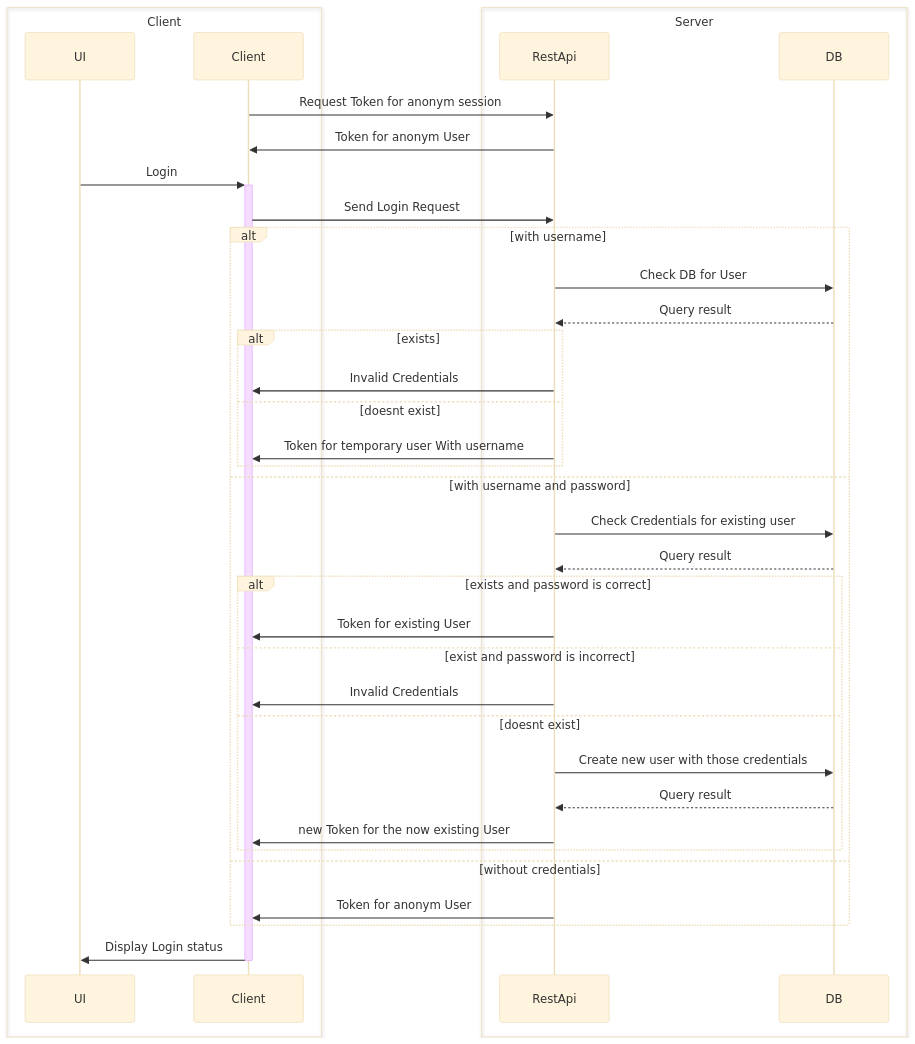
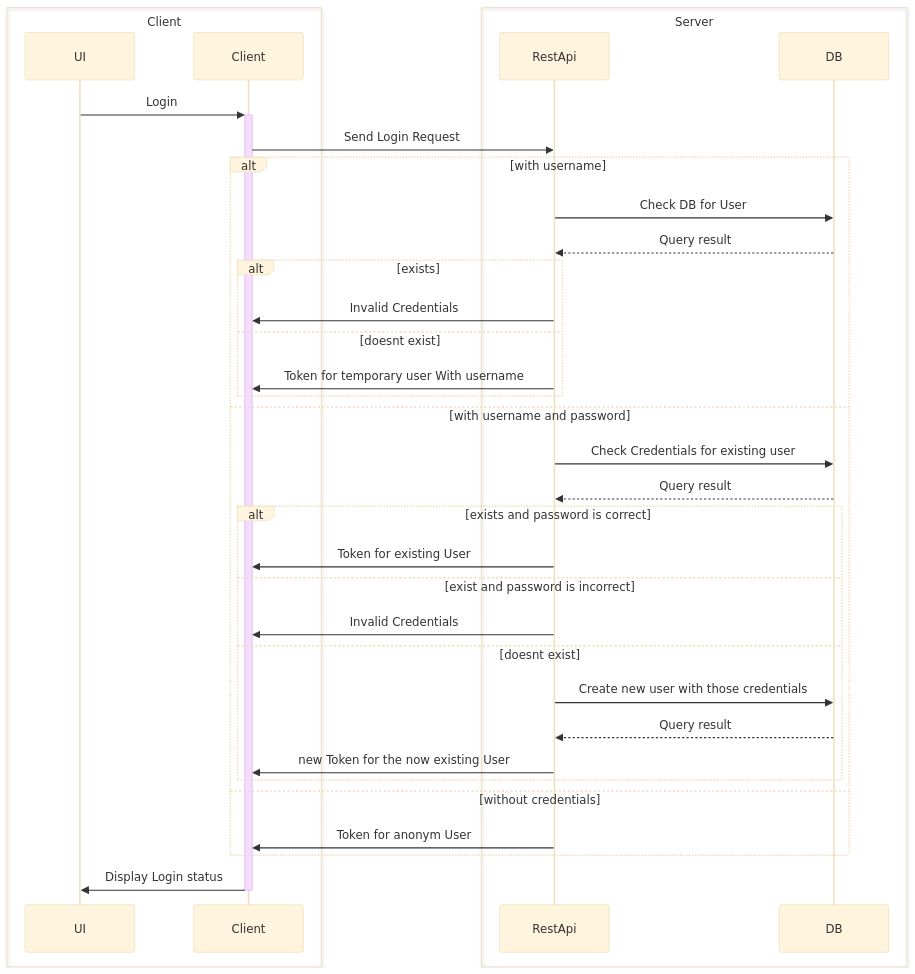
The second of 3 diagrams in console-chat/README.md (thetechnicker/console-chat), drawn with Mermaid (base theme) before and after one commit. The commit also changed other lines of this file, not shown here.

Commit message:
sequence diagram

````diff
--- a/console-chat/README.md
+++ b/console-chat/README.md
@@ -6,44 +24,40 @@
 ```mermaid
 sequenceDiagram
 box Client
     participant UI
     participant Client
 end
 box Server 
     participant RestApi
     participant DB
 end
-
-Client ->> RestApi: Request Token for anonym session
-RestApi ->> Client: Token for anonym User
-
 
 UI ->>+ Client: Login
 Client ->> RestApi: Send Login Request
 alt with username
     RestApi ->> DB: Check DB for User
     DB -->> RestApi: Query result
     alt exists
         RestApi ->> Client: Invalid Credentials
     else doesnt exist
         RestApi ->> Client: Token for temporary user With username
     end
 else with username and password
     RestApi ->> DB: Check Credentials for existing user
     DB -->> RestApi: Query result
     alt exists and password is correct
         RestApi ->> Client: Token for existing User
     else exist and password is incorrect
         RestApi ->> Client: Invalid Credentials
     else doesnt exist
         RestApi ->> DB: Create new user with those credentials
         DB -->> RestApi: Query result
         RestApi ->> Client: new Token for the now existing User
     end
 else without credentials
     RestApi ->> Client: Token for anonym User
 end
 Client ->>- UI: Display Login status
 
 
 ```
````
